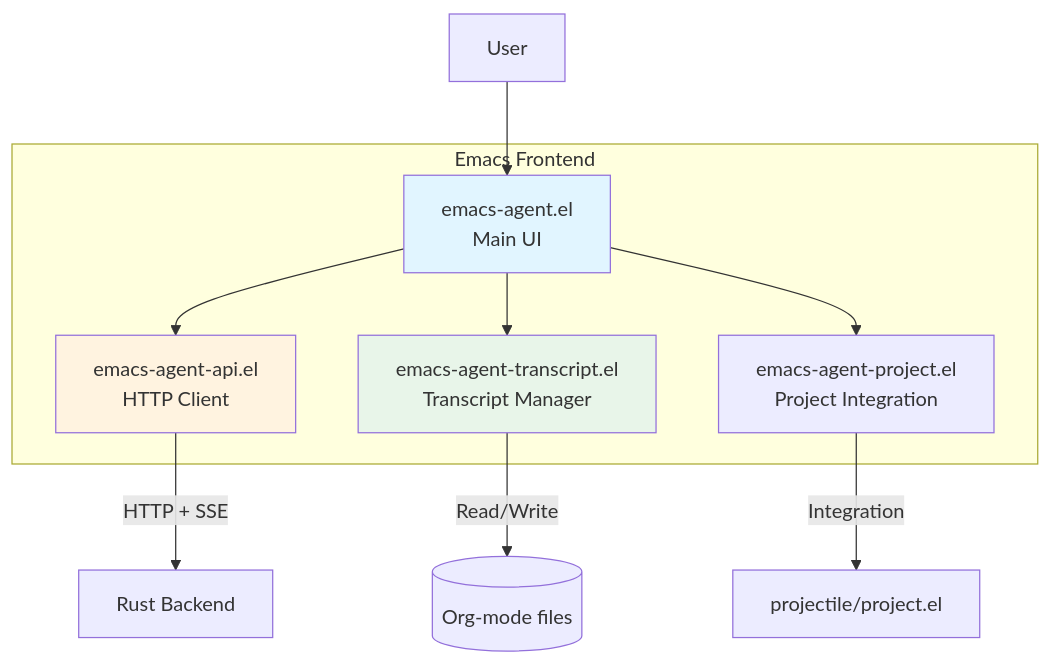
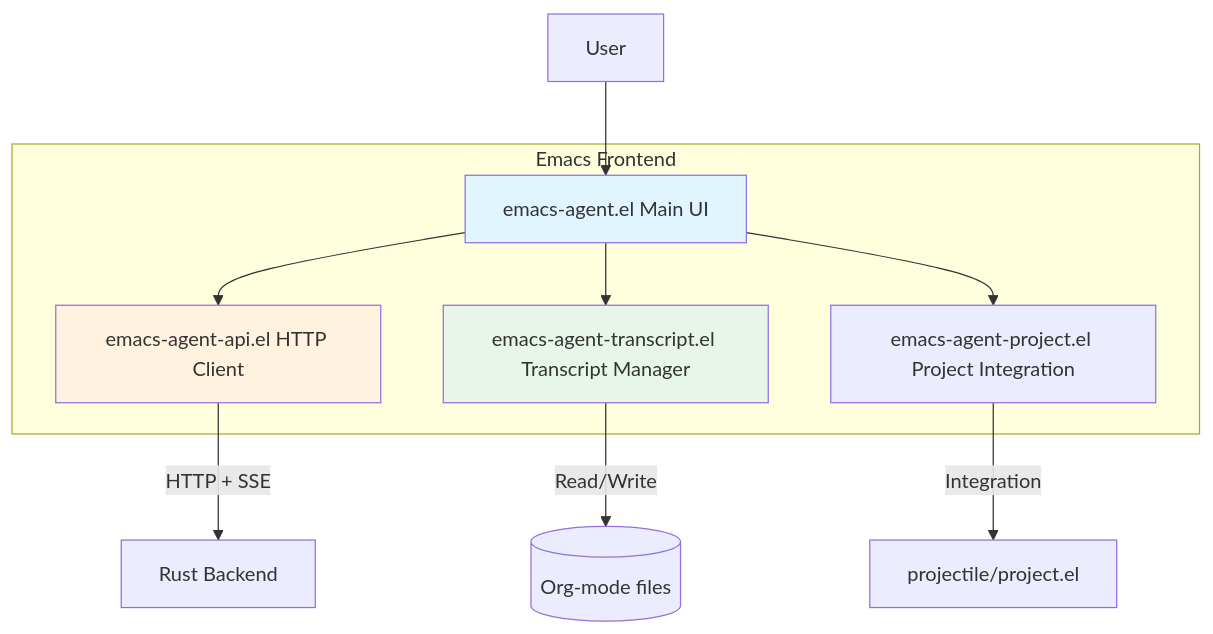
The diagram in wiki/Emacs-Frontend.md (softwarewrighter/emacs-agent), drawn with Mermaid before and after one commit. The commit also changed 7 other files, not shown here.

First line of the commit message:
Fix wiki Mermaid diagrams: remove <br/> tags

````diff
--- a/wiki/Emacs-Frontend.md
+++ b/wiki/Emacs-Frontend.md
@@ -9,22 +9,22 @@
 ```mermaid
 graph TB
     subgraph "Emacs Frontend"
-        UI[emacs-agent.el<br/>Main UI]
-        API[emacs-agent-api.el<br/>HTTP Client]
-        TRANS[emacs-agent-transcript.el<br/>Transcript Manager]
-        PROJECT[emacs-agent-project.el<br/>Project Integration]
+        UI[emacs-agent.el Main UI]
+        API[emacs-agent-api.el HTTP Client]
+        TRANS[emacs-agent-transcript.el Transcript Manager]
+        PROJECT[emacs-agent-project.el Project Integration]
     end
 
     USER[User] --> UI
     UI --> API
     UI --> TRANS
     UI --> PROJECT
 
     API -->|HTTP + SSE| BACKEND[Rust Backend]
     TRANS -->|Read/Write| DISK[(Org-mode files)]
     PROJECT -->|Integration| PROJECTILE[projectile/project.el]
 
     style UI fill:#e1f5ff
     style API fill:#fff3e0
     style TRANS fill:#e8f5e9
 ```
````
